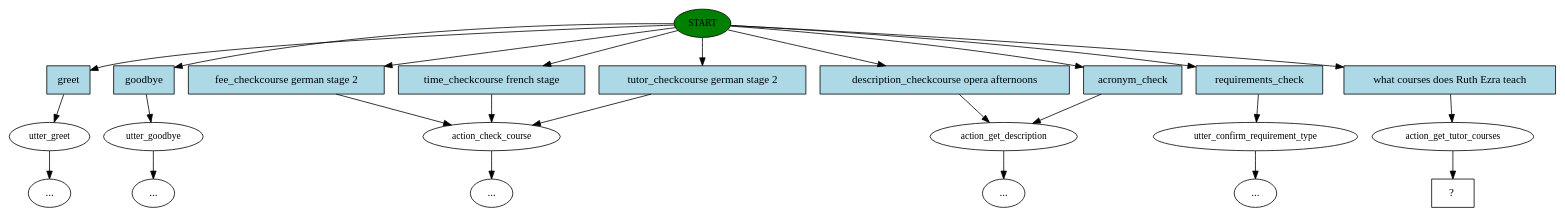
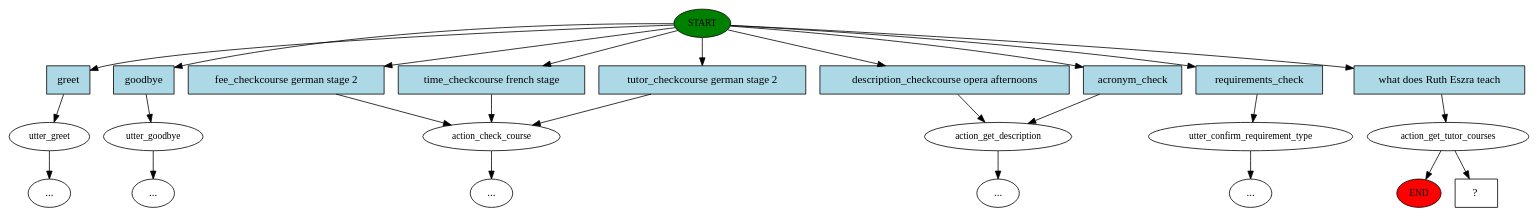
The diagram in chat-service/model/story_graph.dot (leonore/ugenie), drawn with Graphviz before and after one commit. The commit also changed 3 other files, not shown here.

Commit message:
Tutor courses working

```diff
--- a/chat-service/model/story_graph.dot
+++ b/chat-service/model/story_graph.dot
@@ -1,48 +1,50 @@
 digraph  {
 0 [class="start active", fillcolor=green, fontsize=12, label=START, style=filled];
+"-1" [class=end, fillcolor=red, fontsize=12, label=END, style=filled];
 1 [class="", fontsize=12, label=utter_greet];
 2 [class="", fontsize=12, label=utter_goodbye];
 "-4" [class=ellipsis, label="..."];
 3 [class="", fontsize=12, label=action_check_course];
 7 [class="", fontsize=12, label=action_get_description];
 11 [class="", fontsize=12, label=utter_confirm_requirement_type];
 "-13" [class=ellipsis, label="..."];
 "-21" [class=ellipsis, label="..."];
 "-24" [class=ellipsis, label="..."];
 "-25" [class=ellipsis, label="..."];
 24 [class=active, fontsize=12, label=action_get_tutor_courses];
-25 [class="intent dashed active", label="  ?  ", shape=rect];
-26 [class=intent, fillcolor=lightblue, label=greet, shape=rect, style=filled];
-27 [class=intent, fillcolor=lightblue, label=goodbye, shape=rect, style=filled];
-28 [class=intent, fillcolor=lightblue, label="fee_checkcourse german stage 2", shape=rect, style=filled];
-29 [class=intent, fillcolor=lightblue, label="time_checkcourse french stage", shape=rect, style=filled];
-30 [class=intent, fillcolor=lightblue, label="tutor_checkcourse german stage 2", shape=rect, style=filled];
-31 [class=intent, fillcolor=lightblue, label="description_checkcourse opera afternoons", shape=rect, style=filled];
-32 [class=intent, fillcolor=lightblue, label=acronym_check, shape=rect, style=filled];
-33 [class=intent, fillcolor=lightblue, label=requirements_check, shape=rect, style=filled];
-34 [class="intent active", fillcolor=lightblue, label="what courses does Ruth Ezra teach", shape=rect, style=filled];
-0 -> 26  [class="", key=0];
+26 [class="intent dashed active", label="  ?  ", shape=rect];
+27 [class=intent, fillcolor=lightblue, label=greet, shape=rect, style=filled];
+28 [class=intent, fillcolor=lightblue, label=goodbye, shape=rect, style=filled];
+29 [class=intent, fillcolor=lightblue, label="fee_checkcourse german stage 2", shape=rect, style=filled];
+30 [class=intent, fillcolor=lightblue, label="time_checkcourse french stage", shape=rect, style=filled];
+31 [class=intent, fillcolor=lightblue, label="tutor_checkcourse german stage 2", shape=rect, style=filled];
+32 [class=intent, fillcolor=lightblue, label="description_checkcourse opera afternoons", shape=rect, style=filled];
+33 [class=intent, fillcolor=lightblue, label=acronym_check, shape=rect, style=filled];
+34 [class=intent, fillcolor=lightblue, label=requirements_check, shape=rect, style=filled];
+35 [class="intent active", fillcolor=lightblue, label="what does Ruth Eszra teach", shape=rect, style=filled];
 0 -> 27  [class="", key=0];
 0 -> 28  [class="", key=0];
 0 -> 29  [class="", key=0];
 0 -> 30  [class="", key=0];
 0 -> 31  [class="", key=0];
 0 -> 32  [class="", key=0];
 0 -> 33  [class="", key=0];
-0 -> 34  [class=active, key=0];
+0 -> 34  [class="", key=0];
+0 -> 35  [class=active, key=0];
 1 -> "-24"  [class="", key=NONE, label=""];
 2 -> "-4"  [class="", key=NONE, label=""];
 3 -> "-21"  [class="", key=NONE, label=""];
 7 -> "-25"  [class="", key=NONE, label=""];
 11 -> "-13"  [class="", key=NONE, label=""];
-24 -> 25  [class=active, key=NONE, label=""];
-26 -> 1  [class="", key=0];
-27 -> 2  [class="", key=0];
-28 -> 3  [class="", key=0];
+24 -> "-1"  [class="", key=NONE, label=""];
+24 -> 26  [class=active, key=NONE, label=""];
+27 -> 1  [class="", key=0];
+28 -> 2  [class="", key=0];
 29 -> 3  [class="", key=0];
 30 -> 3  [class="", key=0];
-31 -> 7  [class="", key=0];
+31 -> 3  [class="", key=0];
 32 -> 7  [class="", key=0];
-33 -> 11  [class="", key=0];
-34 -> 24  [class=active, key=0];
+33 -> 7  [class="", key=0];
+34 -> 11  [class="", key=0];
+35 -> 24  [class=active, key=0];
 }
```
